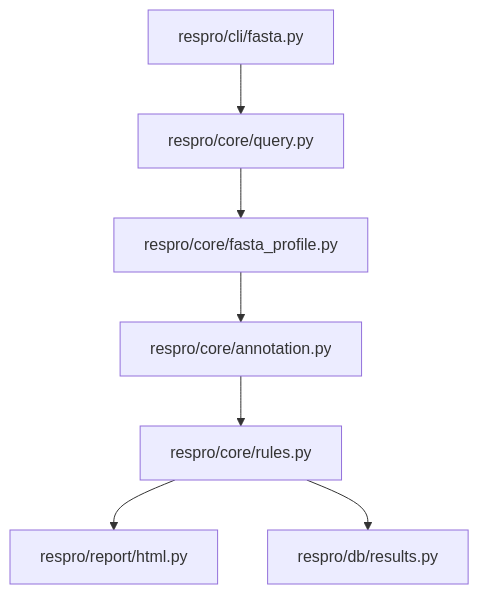
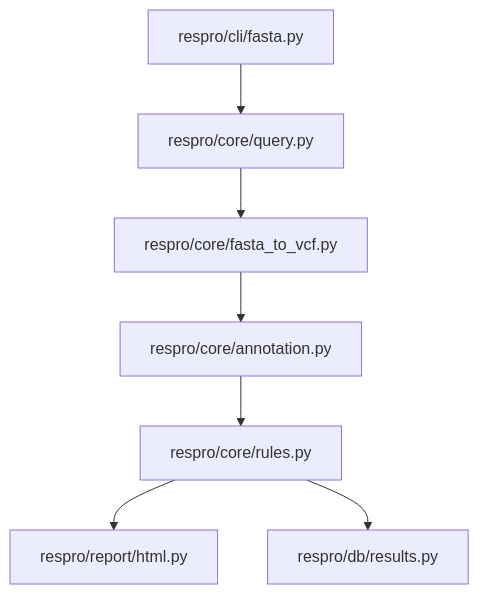
One commit to the-foxlab/ResistanceProfiler changed the third of 4 diagrams in docs/development/detailed_respro_layout.md. Above: the diagram before and after it, drawn with Mermaid. The commit also changed other lines of this file and 15 other files, not shown here.

````diff
--- a/docs/development/detailed_respro_layout.md
+++ b/docs/development/detailed_respro_layout.md
@@ -51,9 +51,9 @@
 ```mermaid
 flowchart TD
     A[respro/cli/fasta.py] --> B[respro/core/query.py]
-    B --> C[respro/core/fasta_profile.py]
+    B --> C[respro/core/fasta_to_vcf.py]
     C --> D[respro/core/annotation.py]
     D --> E[respro/core/rules.py]
     E --> F[respro/report/html.py]
     E --> G[respro/db/results.py]
 ```
````
